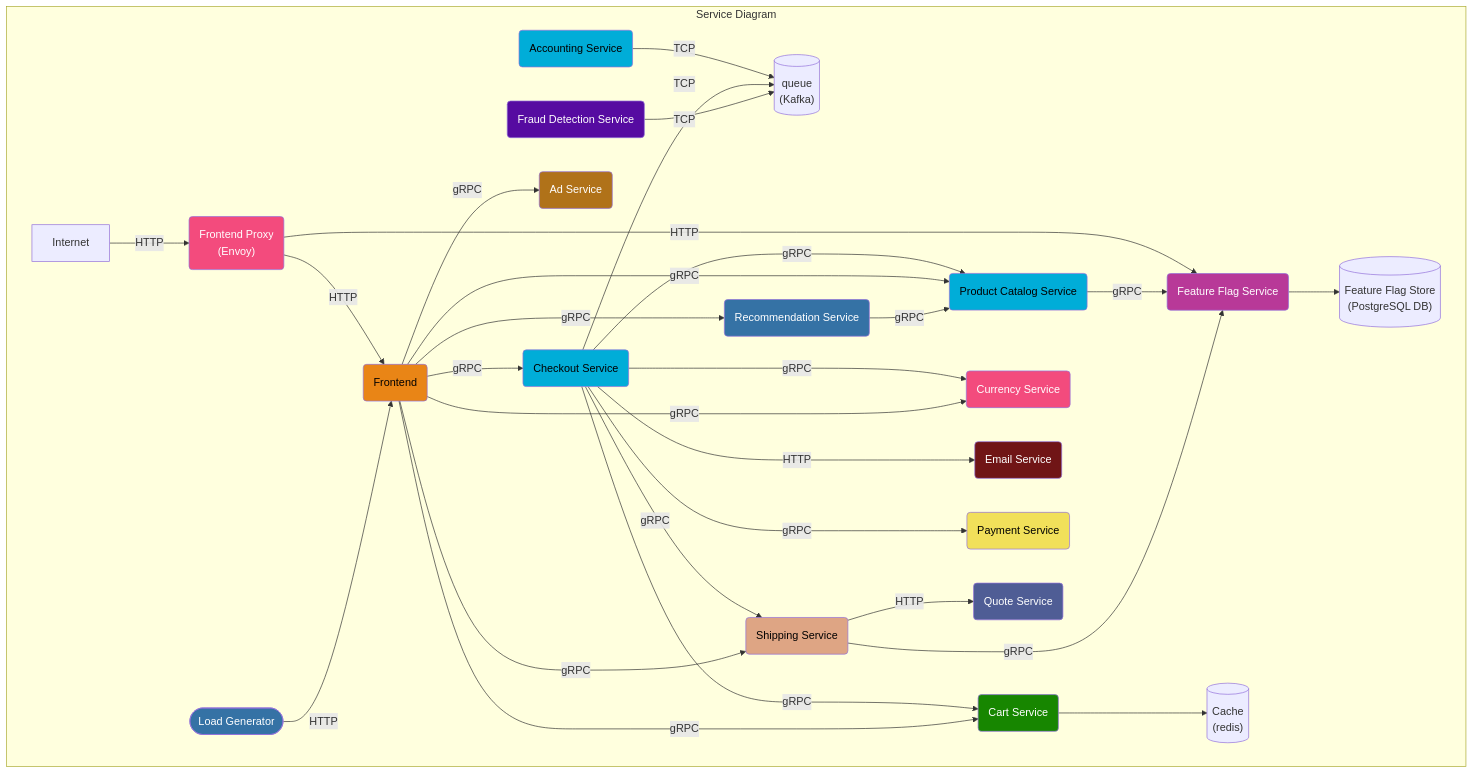
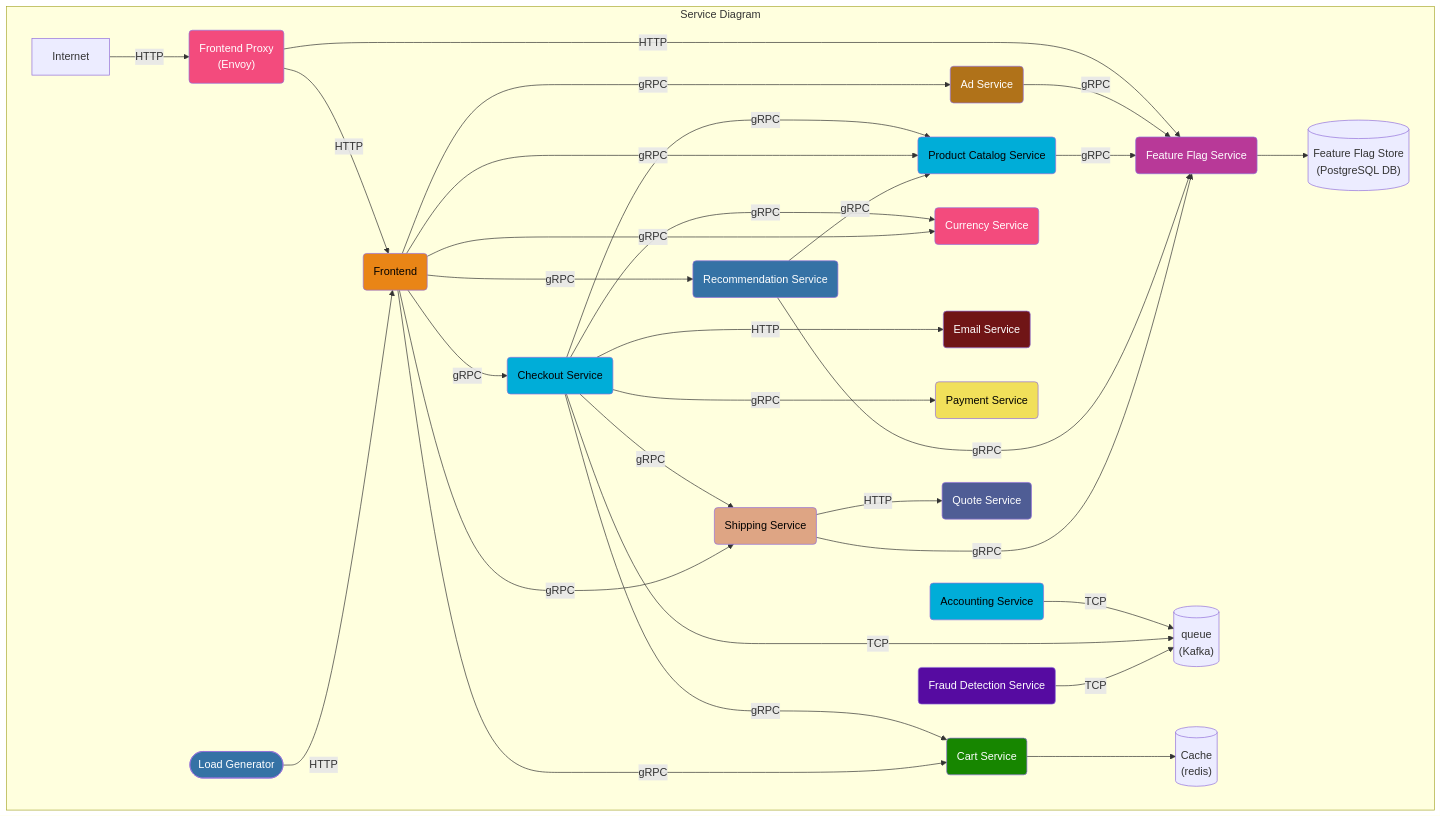
The first of 3 diagrams in docs/current_architecture.md (village-chat/opentelemetry-demo-bench), drawn with Mermaid before and after one commit. The commit also changed other lines of this file and 45 other files, not shown here.

````diff
--- a/docs/current_architecture.md
+++ b/docs/current_architecture.md
@@ -7,69 +7,73 @@
 ```mermaid
 graph TD
 subgraph Service Diagram
 accountingservice(Accounting Service):::golang
 adservice(Ad Service):::java
 cache[(Cache<br/>&#40redis&#41)]
 cartservice(Cart Service):::dotnet
 checkoutservice(Checkout Service):::golang
 currencyservice(Currency Service):::cpp
 emailservice(Email Service):::ruby
 frauddetectionservice(Fraud Detection Service):::kotlin
 frontend(Frontend):::typescript
 frontendproxy(Frontend Proxy <br/>&#40Envoy&#41):::cpp
 loadgenerator([Load Generator]):::python
 paymentservice(Payment Service):::javascript
 productcatalogservice(Product Catalog Service):::golang
 quoteservice(Quote Service):::php
 recommendationservice(Recommendation Service):::python
 shippingservice(Shipping Service):::rust
 featureflagservice(Feature Flag Service):::erlang
 featureflagstore[(Feature Flag Store<br/>&#40PostgreSQL DB&#41)]
 queue[(queue<br/>&#40Kafka&#41)]
 
 Internet -->|HTTP| frontendproxy
 frontendproxy -->|HTTP| frontend
 frontendproxy -->|HTTP| featureflagservice
 loadgenerator -->|HTTP| frontend
 
 accountingservice -->|TCP| queue
 
 checkoutservice --->|gRPC| cartservice --> cache
 checkoutservice --->|gRPC| productcatalogservice
 checkoutservice --->|gRPC| currencyservice
 checkoutservice --->|HTTP| emailservice
 checkoutservice --->|gRPC| paymentservice
 checkoutservice -->|gRPC| shippingservice
-checkoutservice -->|TCP| queue
+checkoutservice ---->|TCP| queue
 
 frontend -->|gRPC| adservice
 frontend -->|gRPC| cartservice
 frontend -->|gRPC| productcatalogservice
 frontend -->|gRPC| checkoutservice
 frontend -->|gRPC| currencyservice
 frontend -->|gRPC| recommendationservice -->|gRPC| productcatalogservice
 frontend -->|gRPC| shippingservice -->|HTTP| quoteservice
 
 frauddetectionservice -->|TCP| queue
 
+adservice -->|gRPC| featureflagservice
+
 productcatalogservice -->|gRPC| featureflagservice
+
+recommendationservice -->|gRPC| featureflagservice
 
 shippingservice -->|gRPC| featureflagservice
 
 featureflagservice --> featureflagstore
 
 end
 
 classDef dotnet fill:#178600,color:white;
 classDef cpp fill:#f34b7d,color:white;
 classDef erlang fill:#b83998,color:white;
 classDef golang fill:#00add8,color:black;
 classDef java fill:#b07219,color:white;
 classDef javascript fill:#f1e05a,color:black;
 classDef kotlin fill:#560ba1,color:white;
 classDef php fill:#4f5d95,color:white;
 classDef python fill:#3572A5,color:white;
 classDef ruby fill:#701516,color:white;
 classDef rust fill:#dea584,color:black;
 classDef typescript fill:#e98516,color:black;
 ```
````
